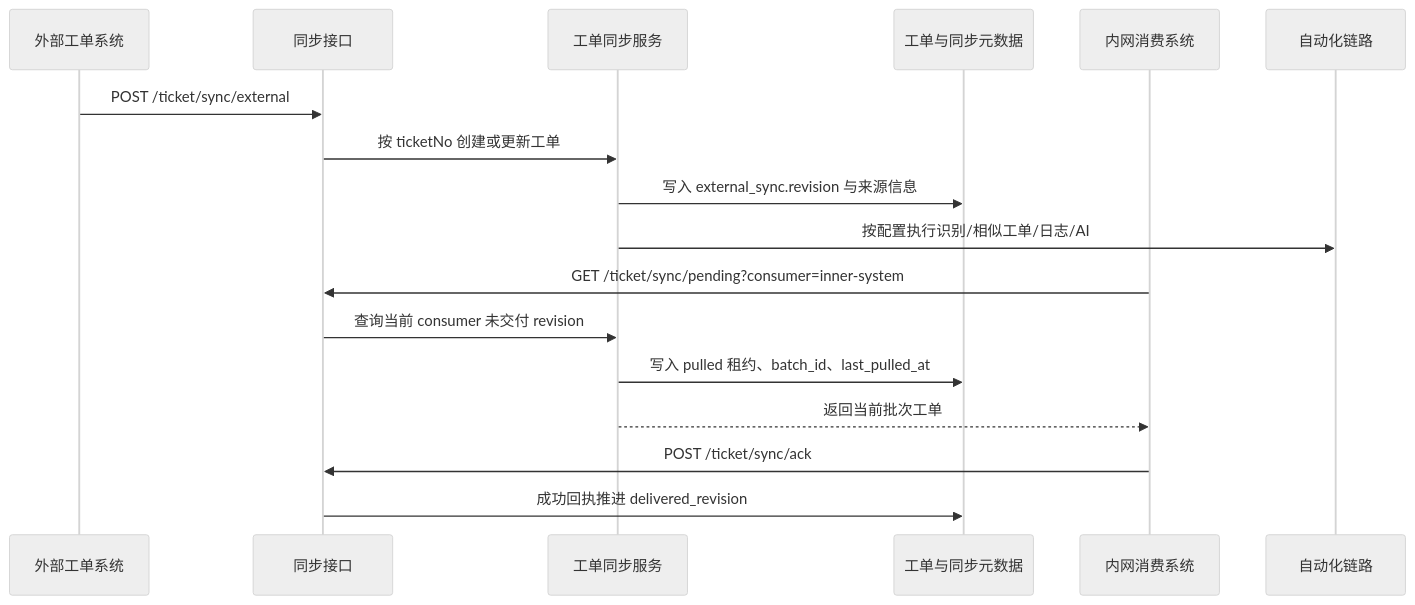
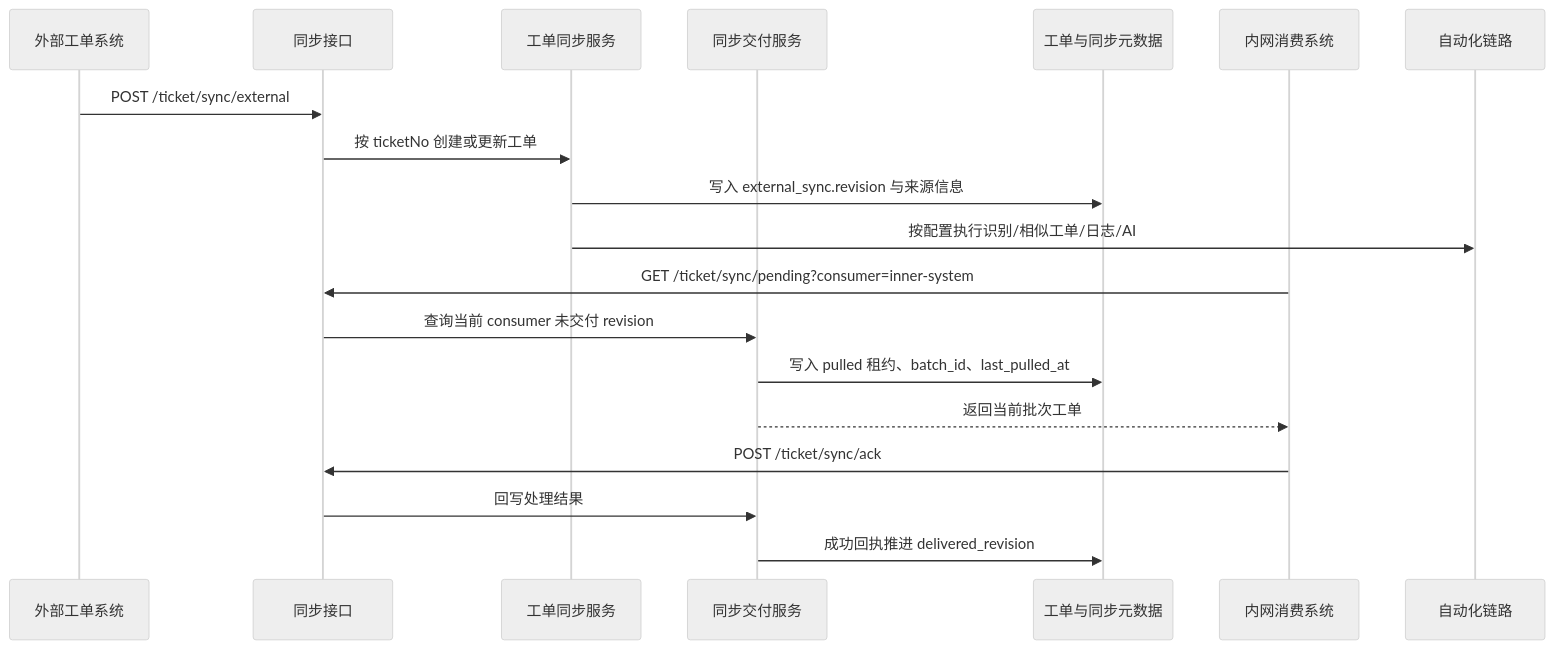
Before and after one commit to diaodeng/ApiTestPlatform: the diagram in wiki/flows/ticket-external-sync-flow.md, drawn with Mermaid (neutral theme). The commit also changed other lines of this file and 9 other files, not shown here.

````diff
--- a/wiki/flows/ticket-external-sync-flow.md
+++ b/wiki/flows/ticket-external-sync-flow.md
@@ -30,20 +30,22 @@
 ```mermaid
 sequenceDiagram
   participant E as 外部工单系统
   participant G as 同步接口
   participant S as 工单同步服务
+  participant DS as 同步交付服务
   participant D as 工单与同步元数据
   participant I as 内网消费系统
   participant A as 自动化链路
 
   E->>G: POST /ticket/sync/external
   G->>S: 按 ticketNo 创建或更新工单
   S->>D: 写入 external_sync.revision 与来源信息
   S->>A: 按配置执行识别/相似工单/日志/AI
   I->>G: GET /ticket/sync/pending?consumer=inner-system
-  G->>S: 查询当前 consumer 未交付 revision
-  S->>D: 写入 pulled 租约、batch_id、last_pulled_at
-  S-->>I: 返回当前批次工单
+  G->>DS: 查询当前 consumer 未交付 revision
+  DS->>D: 写入 pulled 租约、batch_id、last_pulled_at
+  DS-->>I: 返回当前批次工单
   I->>G: POST /ticket/sync/ack
-  G->>D: 成功回执推进 delivered_revision
+  G->>DS: 回写处理结果
+  DS->>D: 成功回执推进 delivered_revision
 ```
````
